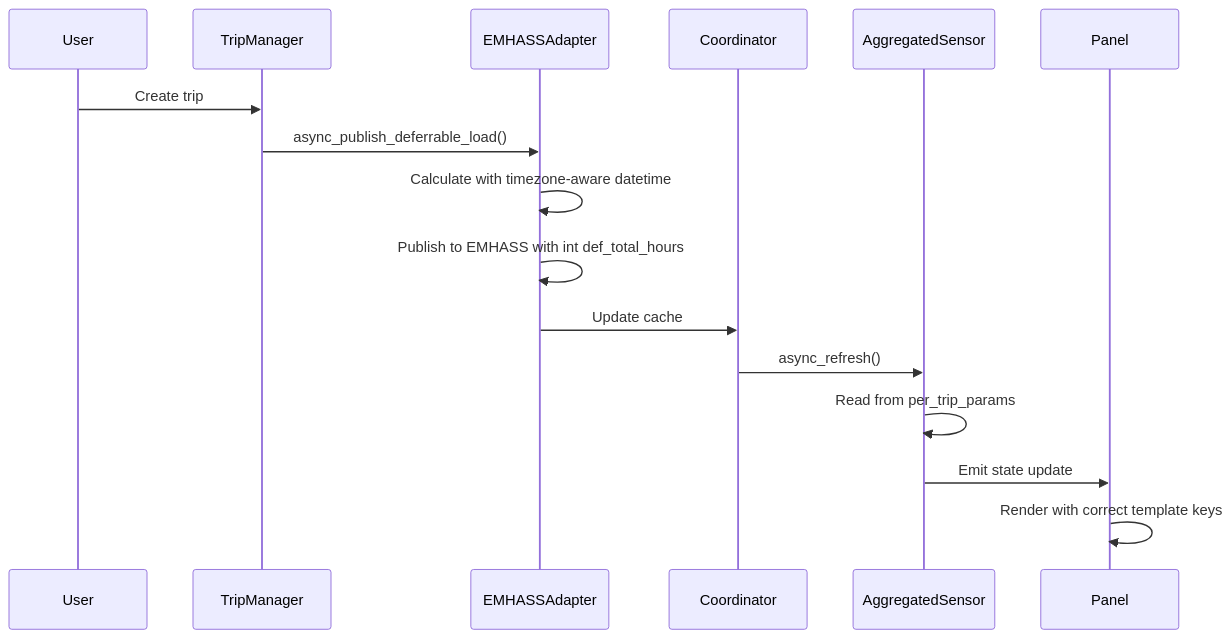
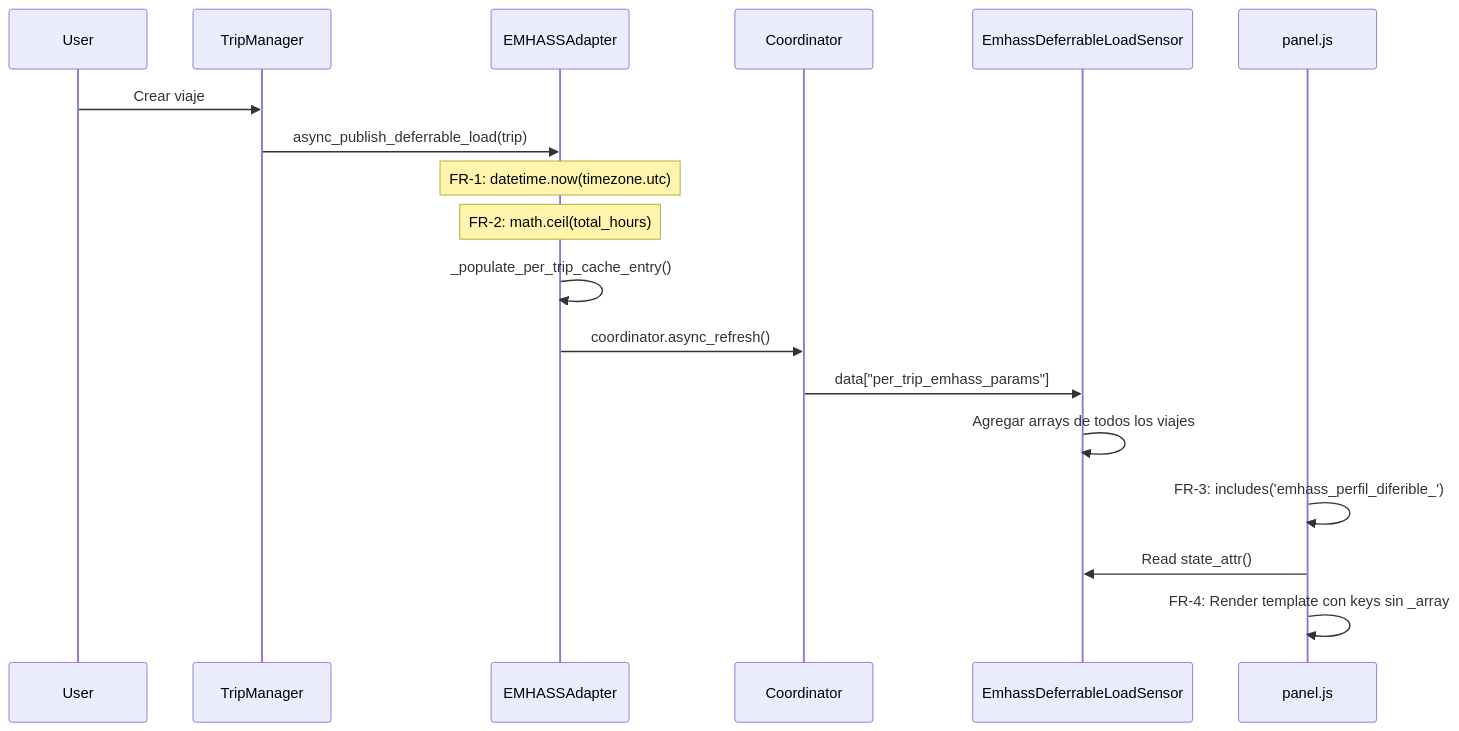
The second of 2 diagrams in specs/fix-emhass-aggregated-sensor/design.md (informatico-madrid/ha-ev-trip-planner), drawn with Mermaid before and after one commit. The commit also changed other lines of this file and 6 other files, not shown here.

First line of the commit message:
Fix emhass aggregated sensor (#27)

````diff
--- a/specs/fix-emhass-aggregated-sensor/design.md
+++ b/specs/fix-emhass-aggregated-sensor/design.md
@@ -13,19 +34,21 @@
 ```mermaid
 sequenceDiagram
     participant User
     participant TripManager
     participant EMHASSAdapter
     participant Coordinator
-    participant AggregatedSensor
-    participant Panel
+    participant Sensor as EmhassDeferrableLoadSensor
+    participant Panel as panel.js
 
-    User->>TripManager: Create trip
-    TripManager->>EMHASSAdapter: async_publish_deferrable_load()
-    EMHASSAdapter->>EMHASSAdapter: Calculate with timezone-aware datetime
-    EMHASSAdapter->>EMHASSAdapter: Publish to EMHASS with int def_total_hours
-    EMHASSAdapter->>Coordinator: Update cache
-    Coordinator->>AggregatedSensor: async_refresh()
-    AggregatedSensor->>AggregatedSensor: Read from per_trip_params
-    AggregatedSensor->>Panel: Emit state update
-    Panel->>Panel: Render with correct template keys
+    User->>TripManager: Crear viaje
+    TripManager->>EMHASSAdapter: async_publish_deferrable_load(trip)
+    Note over EMHASSAdapter: FR-1: datetime.now(timezone.utc)
+    Note over EMHASSAdapter: FR-2: math.ceil(total_hours)
+    EMHASSAdapter->>EMHASSAdapter: _populate_per_trip_cache_entry()
+    EMHASSAdapter->>Coordinator: coordinator.async_refresh()
+    Coordinator->>Sensor: data["per_trip_emhass_params"]
+    Sensor->>Sensor: Agregar arrays de todos los viajes
+    Panel->>Panel: FR-3: includes('emhass_perfil_diferible_')
+    Panel->>Sensor: Read state_attr()
+    Panel->>Panel: FR-4: Render template con keys sin _array
 ```
````
